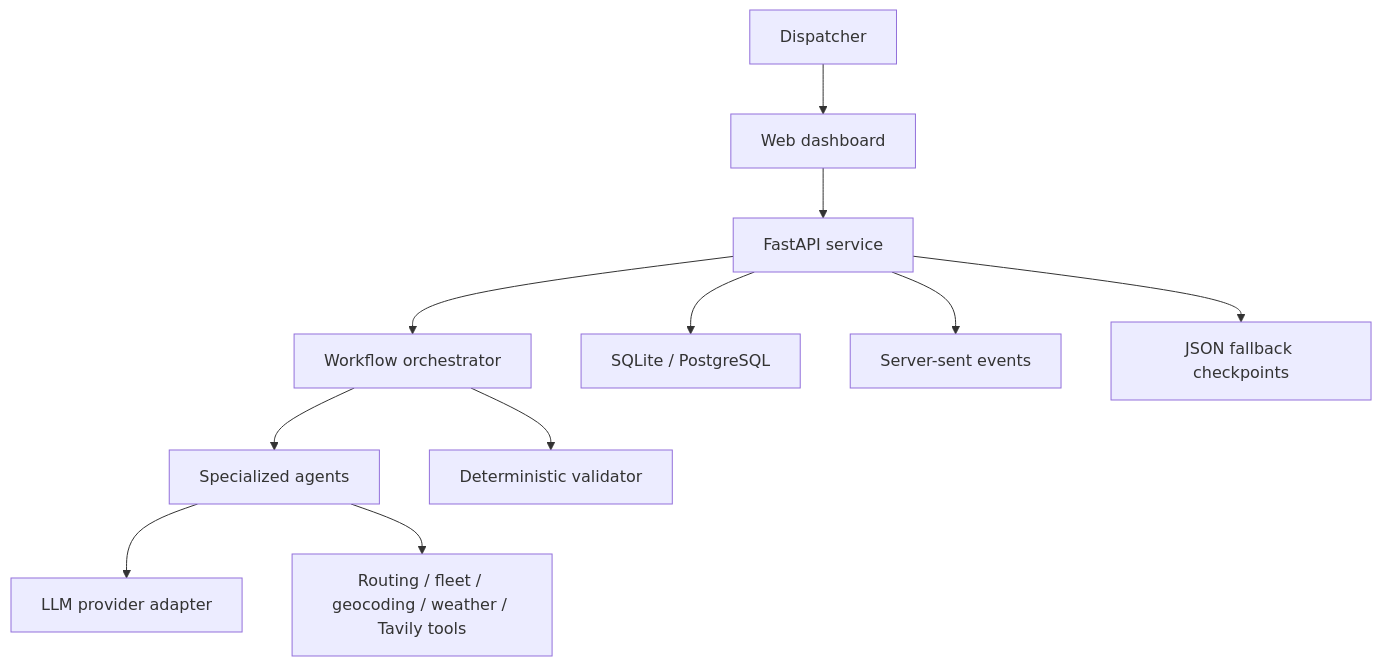
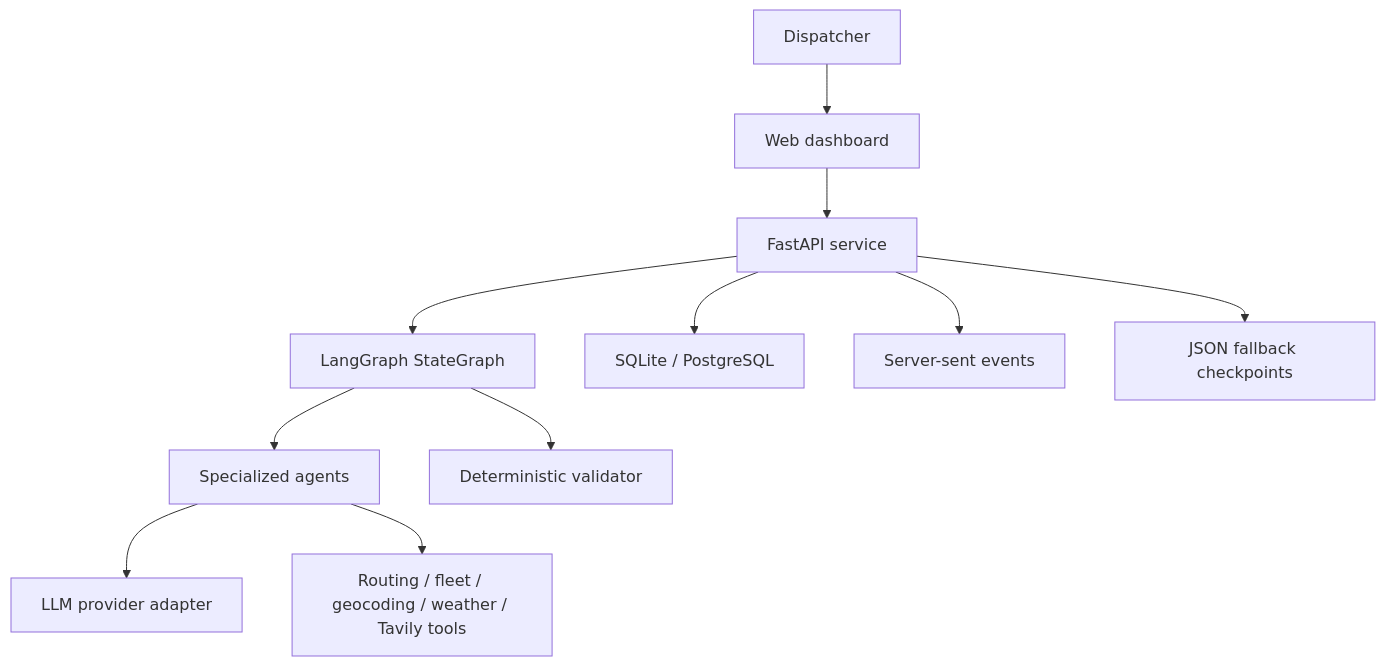
One commit to HamzaAhmedKhan786/agentic-logistics-ai changed the first of 2 diagrams in docs/SYSTEM_DESIGN.md. Above: the diagram before and after it, drawn with Mermaid. The commit also changed other lines of this file and 11 other files, not shown here.

Commit message:
Migrate agent workflow to LangGraph

````diff
--- a/docs/SYSTEM_DESIGN.md
+++ b/docs/SYSTEM_DESIGN.md
@@ -28,13 +28,13 @@
 ```mermaid
 flowchart TB
     User["Dispatcher"] --> UI["Web dashboard"]
     UI --> API["FastAPI service"]
-    API --> Orchestrator["Workflow orchestrator"]
+    API --> Orchestrator["LangGraph StateGraph"]
     Orchestrator --> Agents["Specialized agents"]
     Agents --> LLM["LLM provider adapter"]
     Agents --> Tools["Routing / fleet / geocoding / weather / Tavily tools"]
     Orchestrator --> Validator["Deterministic validator"]
     API --> Database["SQLite / PostgreSQL"]
     API --> Stream["Server-sent events"]
     API --> Checkpoints["JSON fallback checkpoints"]
 ```
````
